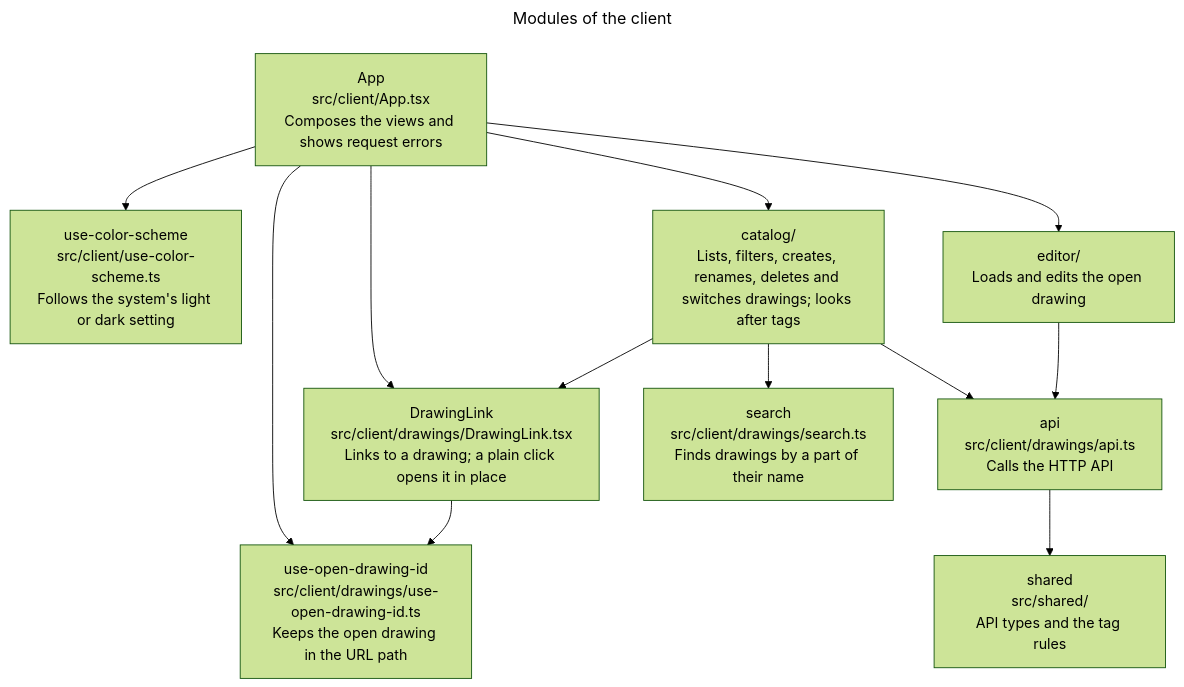
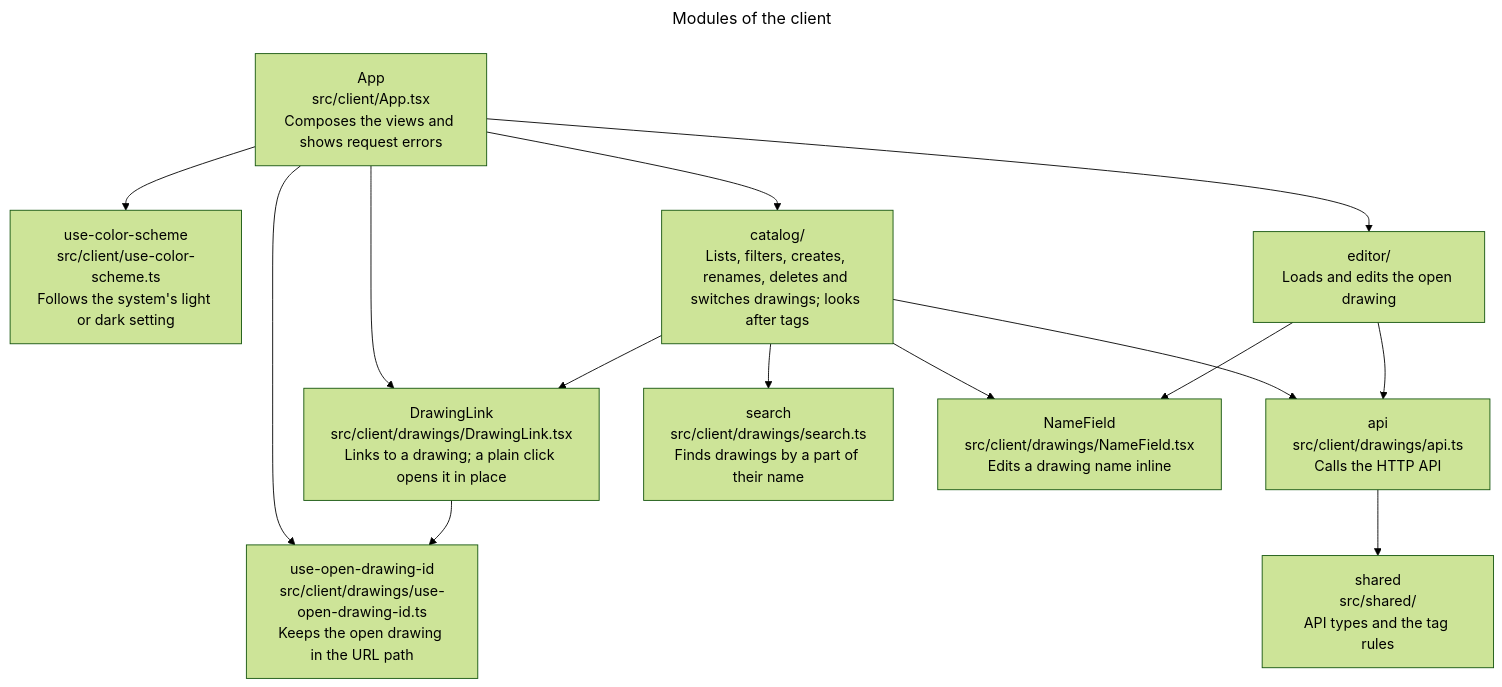
One commit to remshams/excalidraw-dashboard changed the fifth of 11 diagrams in docs/architecture/architecture.md. Above: the diagram before and after it, drawn with Mermaid (forest theme). The commit also changed other lines of this file and 1 other file, not shown here.

Commit message:
docs(Architecture): describe renaming the open drawing from the editor bar

````diff
--- a/docs/architecture/architecture.md
+++ b/docs/architecture/architecture.md
@@ -161,20 +161,21 @@
 ```mermaid
 ---
 title: Modules of the client
 ---
 flowchart TD
     app["App<br>src/client/App.tsx<br>Composes the views and shows request errors"]:::module
     scheme["use-color-scheme<br>src/client/use-color-scheme.ts<br>Follows the system's light or dark setting"]:::module
     catalog["catalog/<br>Lists, filters, creates, renames, deletes and switches drawings; looks after tags"]:::group
     editor["editor/<br>Loads and edits the open drawing"]:::group
     openId["use-open-drawing-id<br>src/client/drawings/use-open-drawing-id.ts<br>Keeps the open drawing in the URL path"]:::module
     link["DrawingLink<br>src/client/drawings/DrawingLink.tsx<br>Links to a drawing; a plain click opens it in place"]:::module
     api["api<br>src/client/drawings/api.ts<br>Calls the HTTP API"]:::module
     search["search<br>src/client/drawings/search.ts<br>Finds drawings by a part of their name"]:::module
+    name["NameField<br>src/client/drawings/NameField.tsx<br>Edits a drawing name inline"]:::module
     shared["shared<br>src/shared/<br>API types and the tag rules"]:::module
     app --> scheme & catalog & editor & openId & link
-    catalog --> api & link & search
+    catalog --> api & link & search & name
     link --> openId
-    editor --> api
+    editor --> api & name
     api --> shared
 ```
````
